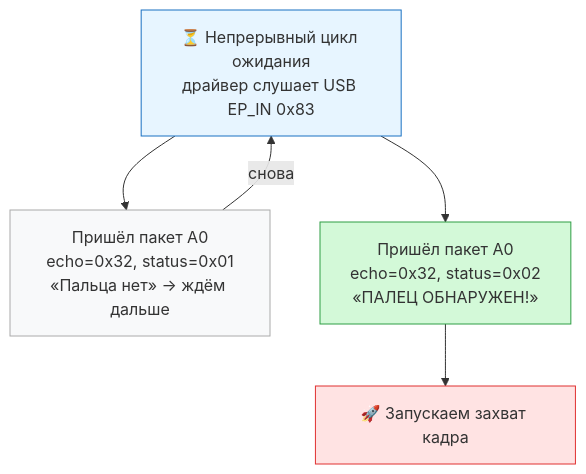
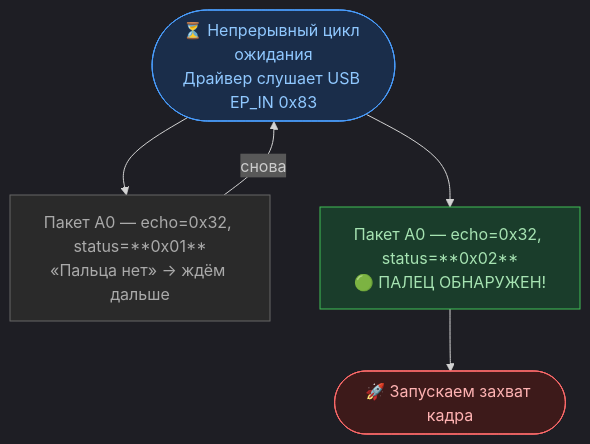
The fourth of 13 diagrams in DIAGRAM_RU.md (mrcook1e-ai/goodix-gm168), drawn with Mermaid before and after one commit. The commit also changed other lines of this file, not shown here.

````diff
--- a/DIAGRAM_RU.md
+++ b/DIAGRAM_RU.md
@@ -92,18 +92,18 @@
 ```mermaid
+%%{init: {'theme': 'dark'}}%%
 flowchart TD
-    WAIT["⏳ Непрерывный цикл ожидания\nдрайвер слушает USB EP_IN 0x83"]
+    WAIT(["⏳ Непрерывный цикл ожидания\nДрайвер слушает USB EP_IN 0x83"])
 
-    P1["Пришёл пакет A0\necho=0x32, status=0x01\n«Пальца нет» → ждём дальше"]
-    P2["Пришёл пакет A0\necho=0x32, status=0x02\n«ПАЛЕЦ ОБНАРУЖЕН!»"]
+    P1["Пакет A0 — echo=0x32, status=**0x01**\n«Пальца нет» → ждём дальше"]
+    P2["Пакет A0 — echo=0x32, status=**0x02**\n🟢 ПАЛЕЦ ОБНАРУЖЕН!"]
 
     WAIT --> P1
     P1 -->|"снова"| WAIT
     WAIT --> P2
+    P2 --> CAPTURE(["🚀 Запускаем захват кадра"])
 
-    P2 --> CAPTURE["🚀 Запускаем захват кадра"]
-
-    style WAIT fill:#e7f5ff,stroke:#1971c2
-    style P1 fill:#f8f9fa,stroke:#aaa
-    style P2 fill:#d3f9d8,stroke:#2f9e44
-    style CAPTURE fill:#ffe3e3,stroke:#e03131
+    style WAIT fill:#1a2d4a,stroke:#4a9eff,color:#90c8ff
+    style P1 fill:#2a2a2a,stroke:#666,color:#aaa
+    style P2 fill:#1a3d2b,stroke:#40c057,color:#a6e3b2
+    style CAPTURE fill:#3d1a1a,stroke:#ff6b6b,color:#ffb3b3
 ```
````
